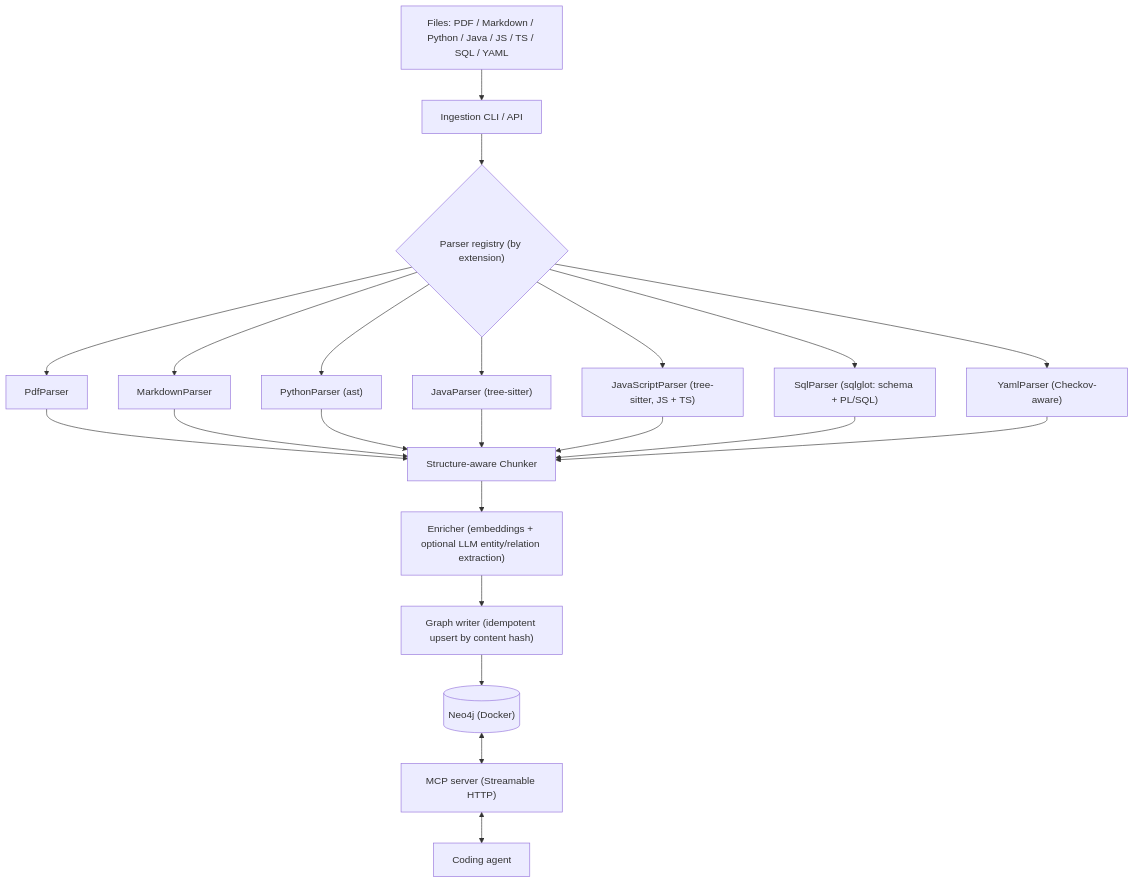
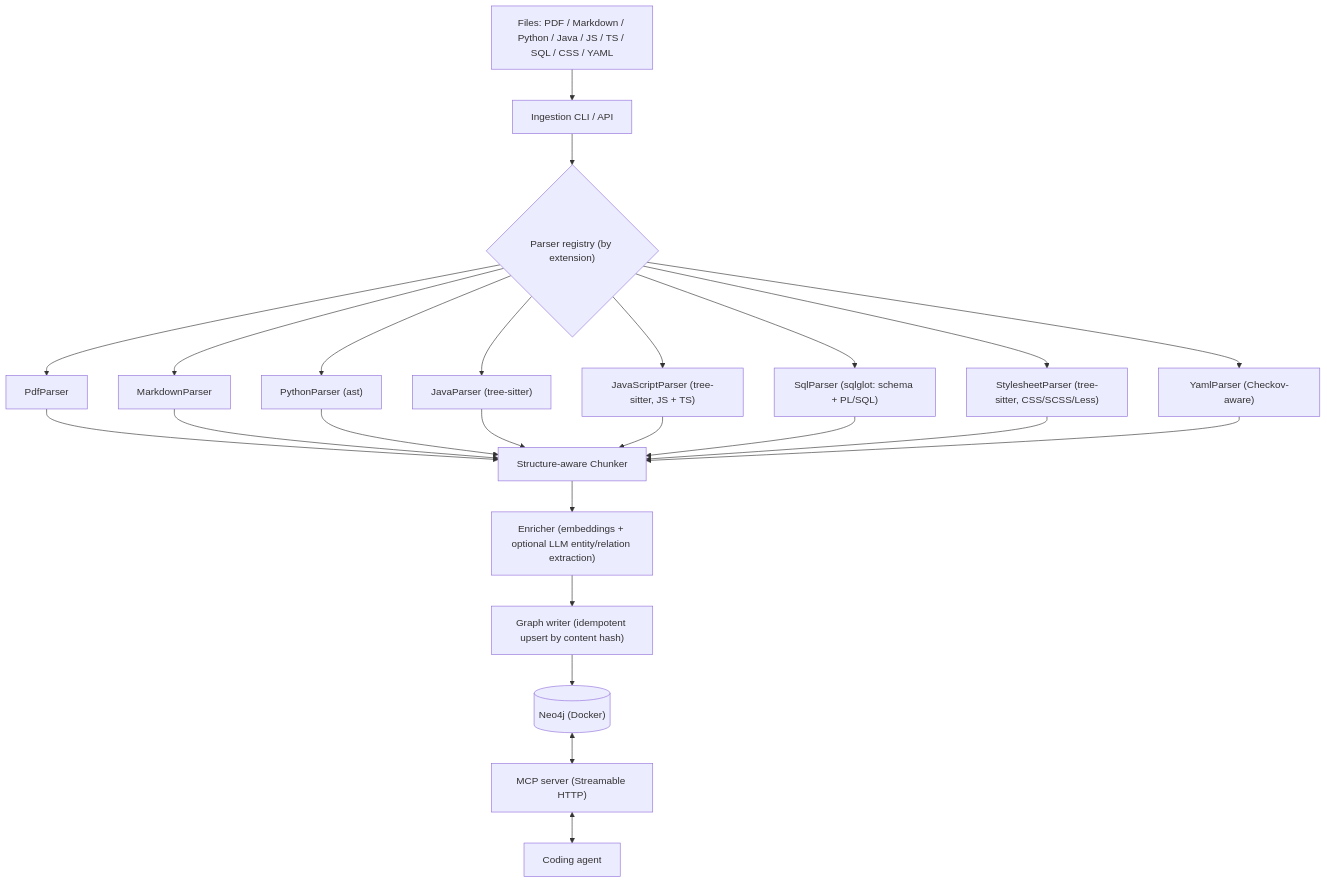
One commit to tmustafiz/graph-rag changed the diagram in README.md. Above: the diagram before and after it, drawn with Mermaid. The commit also changed other lines of this file and 15 other files, not shown here.

First line of the commit message:
CSS / SCSS / Less stylesheet parser (→ searchable chunks + @import edges) (#93)

````diff
--- a/README.md
+++ b/README.md
@@ -347,24 +348,26 @@
 ```mermaid
 flowchart TD
-    A["Files: PDF / Markdown / Python / Java / JS / TS / SQL / YAML"] --> B["Ingestion CLI / API"]
+    A["Files: PDF / Markdown / Python / Java / JS / TS / SQL / CSS / YAML"] --> B["Ingestion CLI / API"]
     B --> C{"Parser registry (by extension)"}
     C --> C1["PdfParser"]
     C --> C2["MarkdownParser"]
     C --> C3["PythonParser (ast)"]
     C --> C4["JavaParser (tree-sitter)"]
     C --> C5["JavaScriptParser (tree-sitter, JS + TS)"]
     C --> C6["SqlParser (sqlglot: schema + PL/SQL)"]
-    C --> C7["YamlParser (Checkov-aware)"]
+    C --> C7["StylesheetParser (tree-sitter, CSS/SCSS/Less)"]
+    C --> C8["YamlParser (Checkov-aware)"]
     C1 --> D["Structure-aware Chunker"]
     C2 --> D
     C3 --> D
     C4 --> D
     C5 --> D
     C6 --> D
     C7 --> D
+    C8 --> D
     D --> E["Enricher (embeddings + optional LLM entity/relation extraction)"]
     E --> F["Graph writer (idempotent upsert by content hash)"]
     F --> G[("Neo4j (Docker)")]
     G <--> H["MCP server (Streamable HTTP)"]
     H <--> I["Coding agent"]
 ```
````
